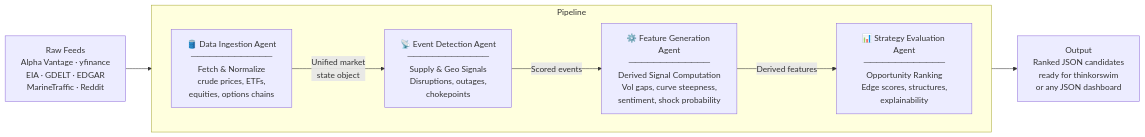
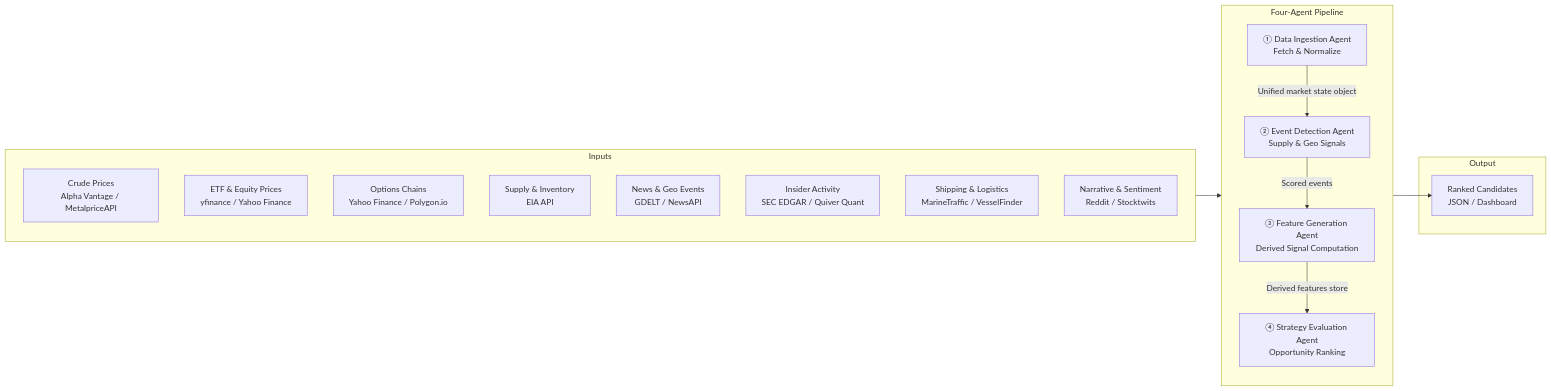
The first of 2 diagrams in docs/generated/user_guide_full-pipeline.md (jeisenback/golden_boy_peanuts), drawn with Mermaid before and after one commit. The commit also changed other lines of this file, not shown here.

````diff
--- a/docs/generated/user_guide_full-pipeline.md
+++ b/docs/generated/user_guide_full-pipeline.md
@@ -25,19 +25,31 @@
 ```mermaid
 flowchart LR
-    subgraph Pipeline
-        direction LR
-        A["🛢️ Data Ingestion Agent\n─────────────\nFetch & Normalize\ncrude prices, ETFs,\nequities, options chains"]
-        B["📡 Event Detection Agent\n─────────────\nSupply & Geo Signals\nDisruptions, outages,\nchokepoints"]
-        C["⚙️ Feature Generation Agent\n─────────────\nDerived Signal Computation\nVol gaps, curve steepness,\nsentiment, shock probability"]
-        D["📊 Strategy Evaluation Agent\n─────────────\nOpportunity Ranking\nEdge scores, structures,\nexplainability"]
+    subgraph Inputs
+        A1[Crude Prices\nAlpha Vantage / MetalpriceAPI]
+        A2[ETF & Equity Prices\nyfinance / Yahoo Finance]
+        A3[Options Chains\nYahoo Finance / Polygon.io]
+        A4[Supply & Inventory\nEIA API]
+        A5[News & Geo Events\nGDELT / NewsAPI]
+        A6[Insider Activity\nSEC EDGAR / Quiver Quant]
+        A7[Shipping & Logistics\nMarineTraffic / VesselFinder]
+        A8[Narrative & Sentiment\nReddit / Stocktwits]
     end
 
-    RAW["Raw Feeds\nAlpha Vantage · yfinance\nEIA · GDELT · EDGAR\nMarineTraffic · Reddit"]
-    OUT["Output\nRanked JSON candidates\nready for thinkorswim\nor any JSON dashboard"]
+    subgraph Pipeline["Four-Agent Pipeline"]
+        direction TB
+        B1["① Data Ingestion Agent\nFetch & Normalize"]
+        B2["② Event Detection Agent\nSupply & Geo Signals"]
+        B3["③ Feature Generation Agent\nDerived Signal Computation"]
+        B4["④ Strategy Evaluation Agent\nOpportunity Ranking"]
+    end
 
-    RAW --> A
-    A -->|"Unified market\nstate object"| B
-    B -->|"Scored events"| C
-    C -->|"Derived features"| D
-    D --> OUT
+    subgraph Output
+        C1[Ranked Candidates\nJSON / Dashboard]
+    end
+
+    Inputs --> B1
+    B1 -->|Unified market state object| B2
+    B2 -->|Scored events| B3
+    B3 -->|Derived features store| B4
+    B4 --> C1
 ```
````
